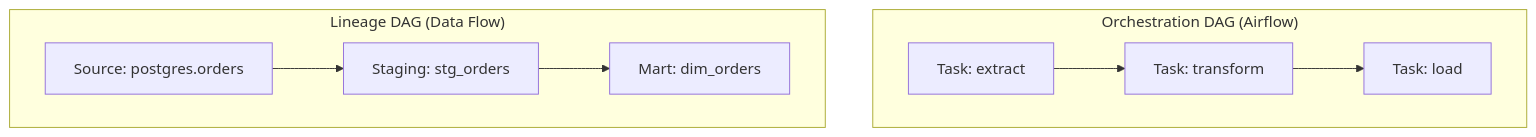
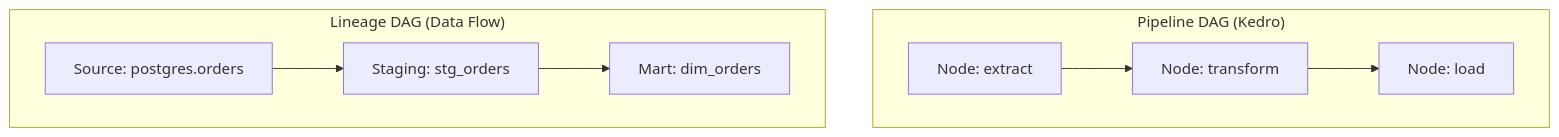
Before and after one commit to millsks/data-lineage-book: the second of 3 diagrams in chapters/01-what-is-data-lineage.md, drawn with Mermaid. The commit also changed other lines of this file and 4 other files, not shown here.

Commit message:
fix: update references from Airflow to Kedro in multiple chapters for consistency

````diff
--- a/chapters/01-what-is-data-lineage.md
+++ b/chapters/01-what-is-data-lineage.md
@@ -221,11 +221,11 @@
 ```mermaid
 graph TD
-    subgraph "Orchestration DAG (Airflow)"
-        T1["Task: extract"] --> T2["Task: transform"]
-        T2 --> T3["Task: load"]
+    subgraph "Pipeline DAG (Kedro)"
+        T1["Node: extract"] --> T2["Node: transform"]
+        T2 --> T3["Node: load"]
     end
     subgraph "Lineage DAG (Data Flow)"
         D1["Source: postgres.orders"] --> D2["Staging: stg_orders"]
         D2 --> D3["Mart: dim_orders"]
     end
 ```
````
